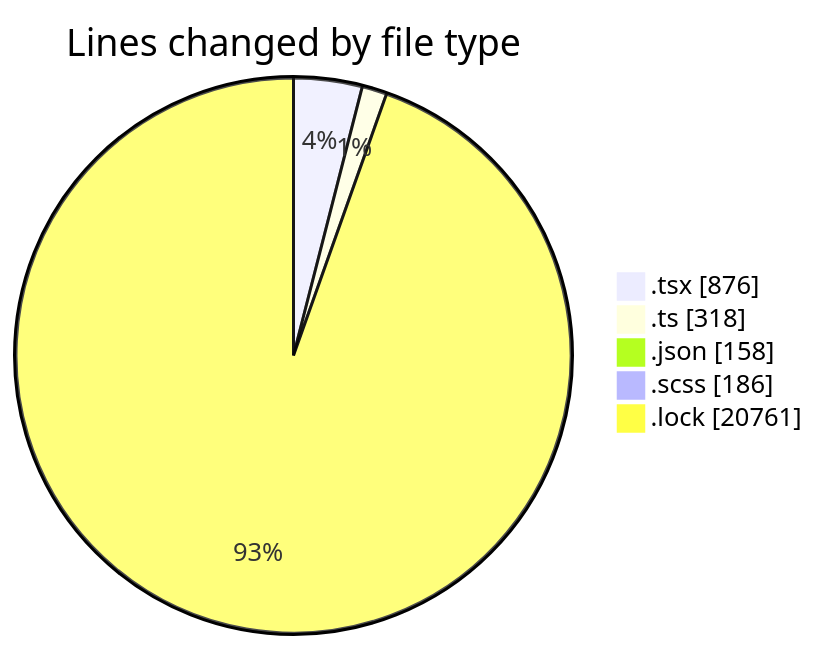
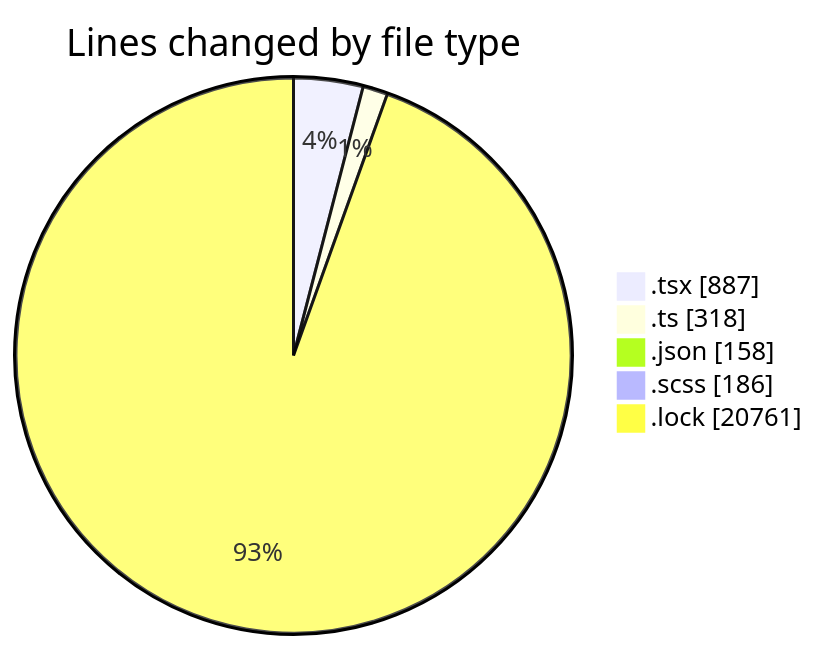
One commit to momahboobian/code-tracking changed the first of 2 diagrams in 2025-04-29/cda/README.md. Above: the diagram before and after it, drawn with Mermaid. The commit also changed other lines of this file and 1 other file, not shown here.

````diff
--- a/2025-04-29/cda/README.md
+++ b/2025-04-29/cda/README.md
@@ -37,9 +37,9 @@
 ```mermaid
 pie showData
 title Lines changed by file type
-".tsx" : 876
+".tsx" : 887
 ".ts" : 318
 ".json" : 158
 ".scss" : 186
 ".lock" : 20761
 ```
````
